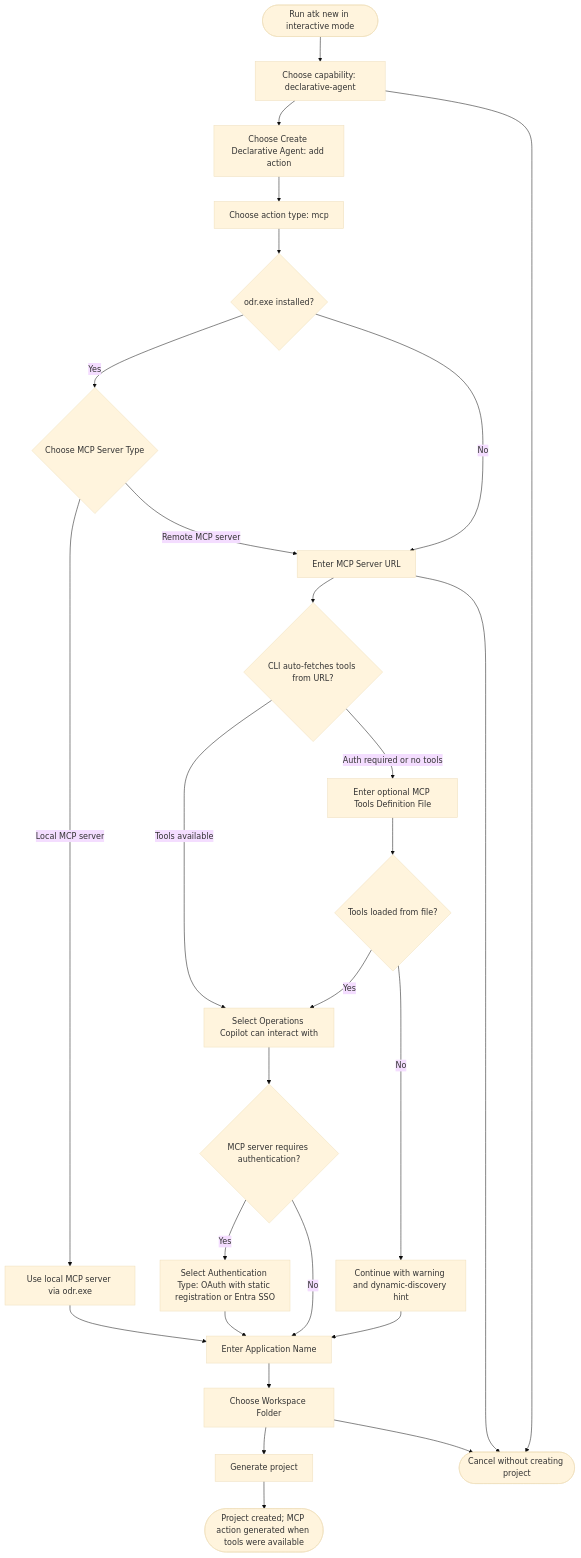
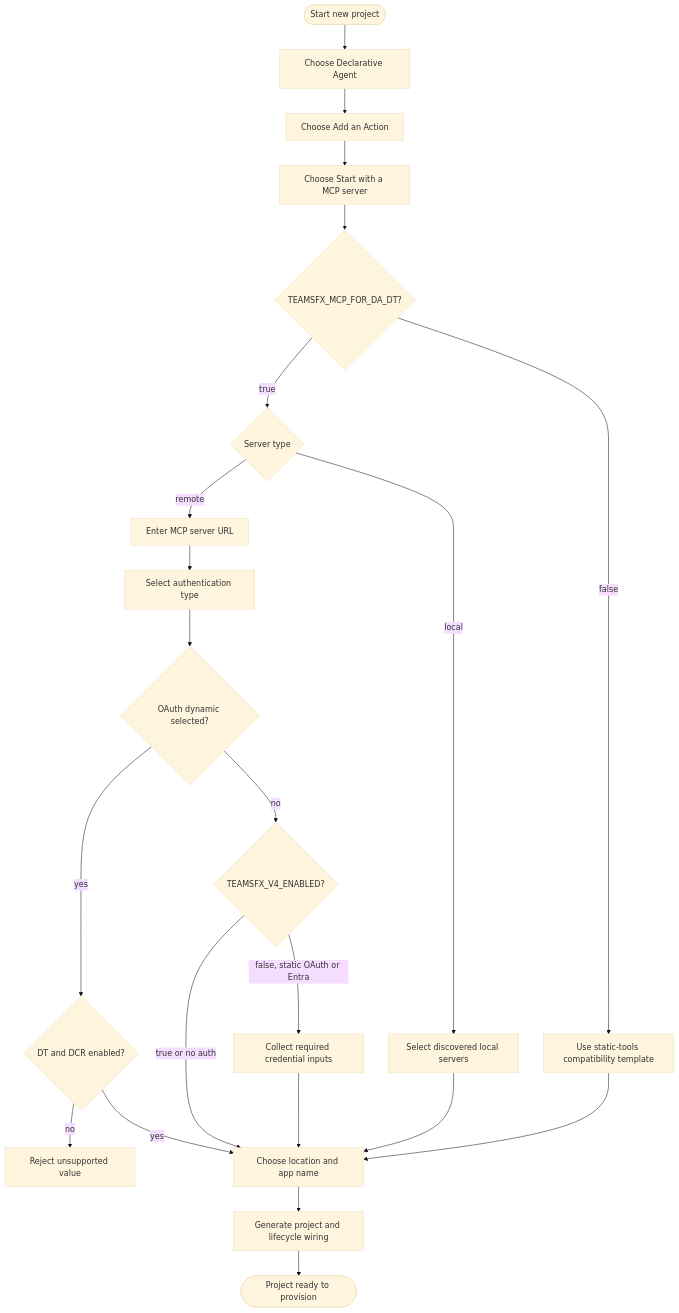
Before and after one commit to OfficeDev/Teams-Toolkit: the diagram in docs/01-product/scenarios/da/create-da-with-mcp-server.md, drawn with Mermaid (base theme). The commit also changed other lines of this file and 59 other files, not shown here.

````diff
--- a/docs/01-product/scenarios/da/create-da-with-mcp-server.md
+++ b/docs/01-product/scenarios/da/create-da-with-mcp-server.md
@@ -111,29 +98,24 @@
 ```mermaid
 flowchart TD
-  Start([Run atk new in interactive mode]) --> ChooseCapability[Choose capability: declarative-agent]
-  ChooseCapability --> AddAction[Choose Create Declarative Agent: add action]
-  AddAction --> ChooseMcp[Choose action type: mcp]
-  ChooseMcp --> OdrCheck{odr.exe installed?}
-  OdrCheck -- Yes --> ServerType{Choose MCP Server Type}
-  OdrCheck -- No --> EnterUrl[Enter MCP Server URL]
-  ServerType -- Local MCP server --> LocalMcp[Use local MCP server via odr.exe]
-  ServerType -- Remote MCP server --> EnterUrl
-  LocalMcp --> EnterAppName
-  EnterUrl --> FetchTools{CLI auto-fetches tools from URL?}
-  FetchTools -- Tools available --> SelectOps[Select Operations Copilot can interact with]
-  FetchTools -- Auth required or no tools --> EnterToolsFile[Enter optional MCP Tools Definition File]
-  EnterToolsFile --> ToolsFromFile{Tools loaded from file?}
-  ToolsFromFile -- Yes --> SelectOps
-  ToolsFromFile -- No --> ContinueWithoutTools[Continue with warning and dynamic-discovery hint]
-  SelectOps --> AuthRequired{MCP server requires authentication?}
-  AuthRequired -- Yes --> SelectAuth[Select Authentication Type: OAuth with static registration or Entra SSO]
-  AuthRequired -- No --> EnterAppName[Enter Application Name]
-  SelectAuth --> EnterAppName
-  ContinueWithoutTools --> EnterAppName
-  EnterAppName --> SelectFolder[Choose Workspace Folder]
-  SelectFolder --> Generate[Generate project]
-  Generate --> Complete([Project created; MCP action generated when tools were available])
-  ChooseCapability --> Cancel([Cancel without creating project])
-  EnterUrl --> Cancel
-  SelectFolder --> Cancel
+  Start([Start new project]) --> ChooseDA[Choose Declarative Agent]
+  ChooseDA --> AddAction[Choose Add an Action]
+  AddAction --> ChooseMCP[Choose Start with a MCP server]
+  ChooseMCP --> DT{TEAMSFX_MCP_FOR_DA_DT?}
+  DT -- false --> Static[Use static-tools compatibility template]
+  DT -- true --> Source{Server type}
+  Source -- local --> Local[Select discovered local servers]
+  Source -- remote --> URL[Enter MCP server URL]
+  URL --> Auth[Select authentication type]
+  Auth --> DCR{OAuth dynamic selected?}
+  DCR -- yes --> Gate{DT and DCR enabled?}
+  Gate -- no --> Invalid[Reject unsupported value]
+  Gate -- yes --> Project
+  DCR -- no --> Engine{TEAMSFX_V4_ENABLED?}
+  Engine -- false, static OAuth or Entra --> Credentials[Collect required credential inputs]
+  Engine -- true or no auth --> Project[Choose location and app name]
+  Credentials --> Project
+  Local --> Project
+  Static --> Project
+  Project --> Generate[Generate project and lifecycle wiring]
+  Generate --> Complete([Project ready to provision])
 ```
````
